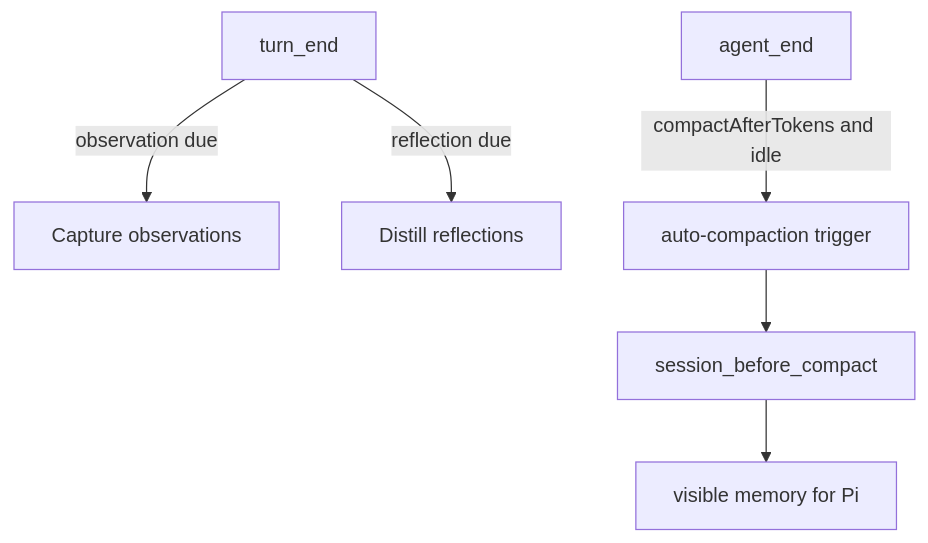
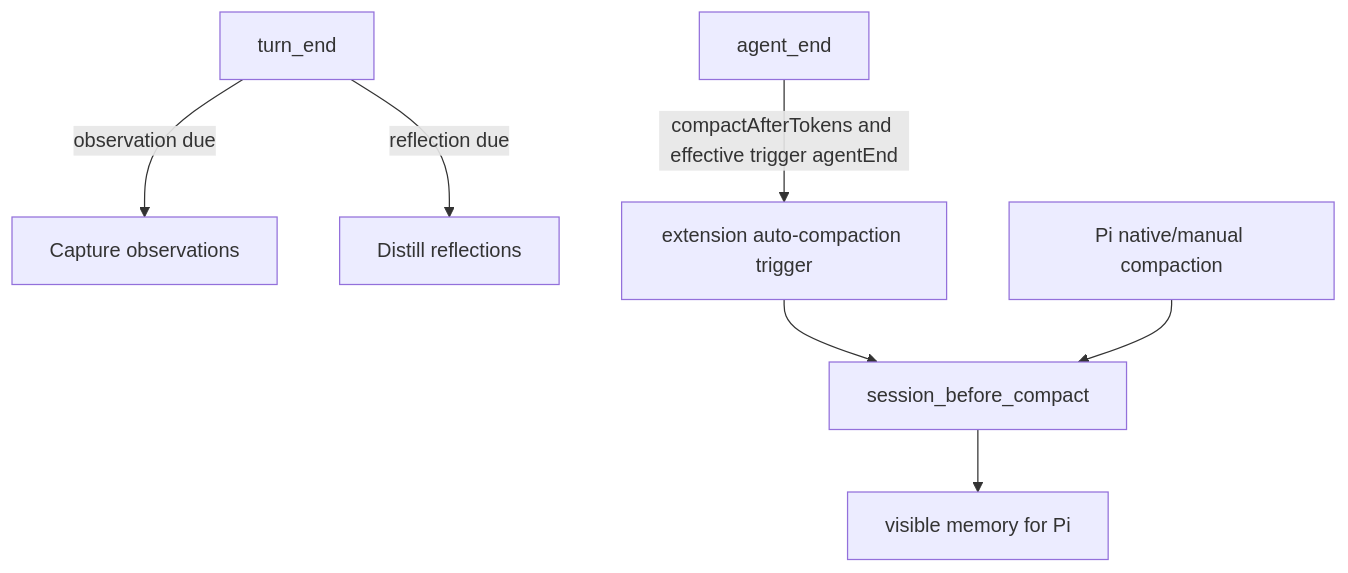
Before and after one commit to Whamp/pi-observational-memory: the diagram in README.md, drawn with Mermaid. The commit also changed other lines of this file and 13 other files, not shown here.

First line of the commit message:
Add native compaction trigger mode

````diff
--- a/README.md
+++ b/README.md
@@ -278,14 +295,16 @@
 ```mermaid
 flowchart TD
     Turn[turn_end]
     Observe[Capture observations]
     Reflect[Distill reflections]
     AgentEnd[agent_end]
-    Trigger[auto-compaction trigger]
+    Trigger[extension auto-compaction trigger]
+    Native[Pi native/manual compaction]
     Compact[session_before_compact]
     Summary[visible memory for Pi]
 
     Turn -->|observation due| Observe
     Turn -->|reflection due| Reflect
-    AgentEnd -->|compactAfterTokens and idle| Trigger --> Compact --> Summary
+    AgentEnd -->|compactAfterTokens and effective trigger agentEnd| Trigger --> Compact --> Summary
+    Native --> Compact
 ```
````
